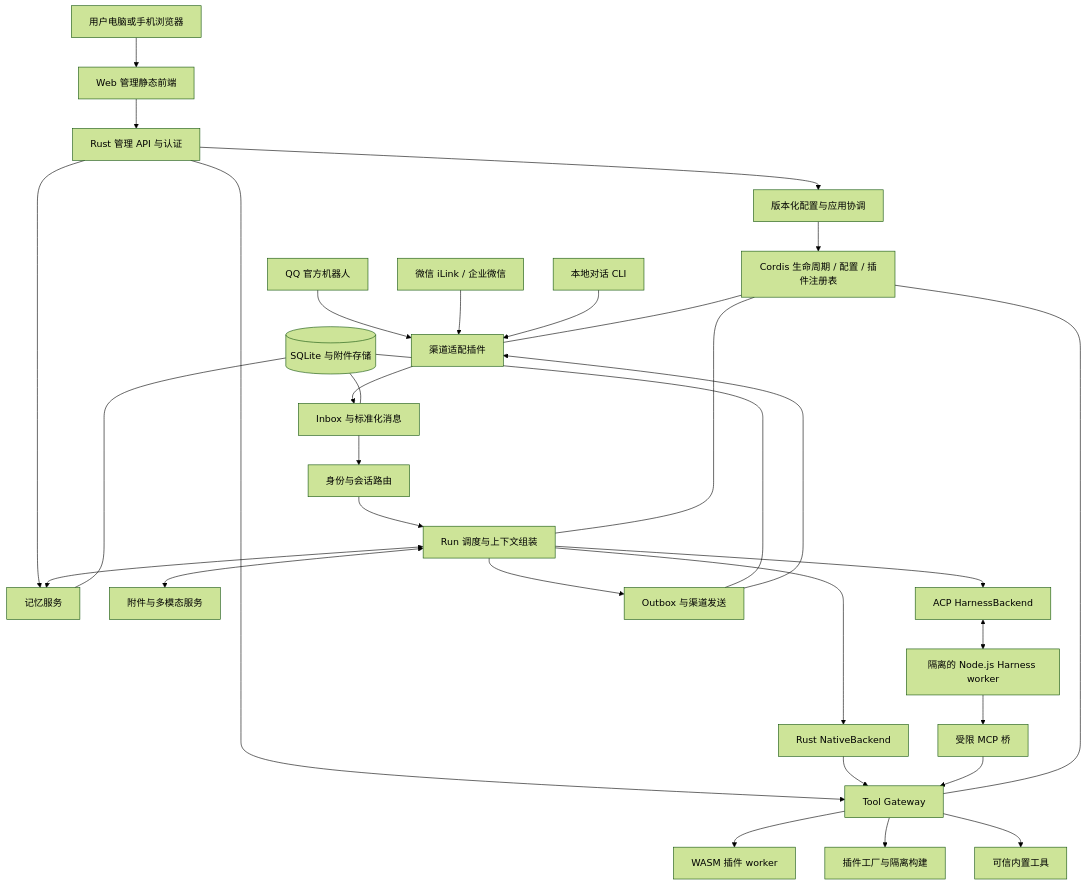
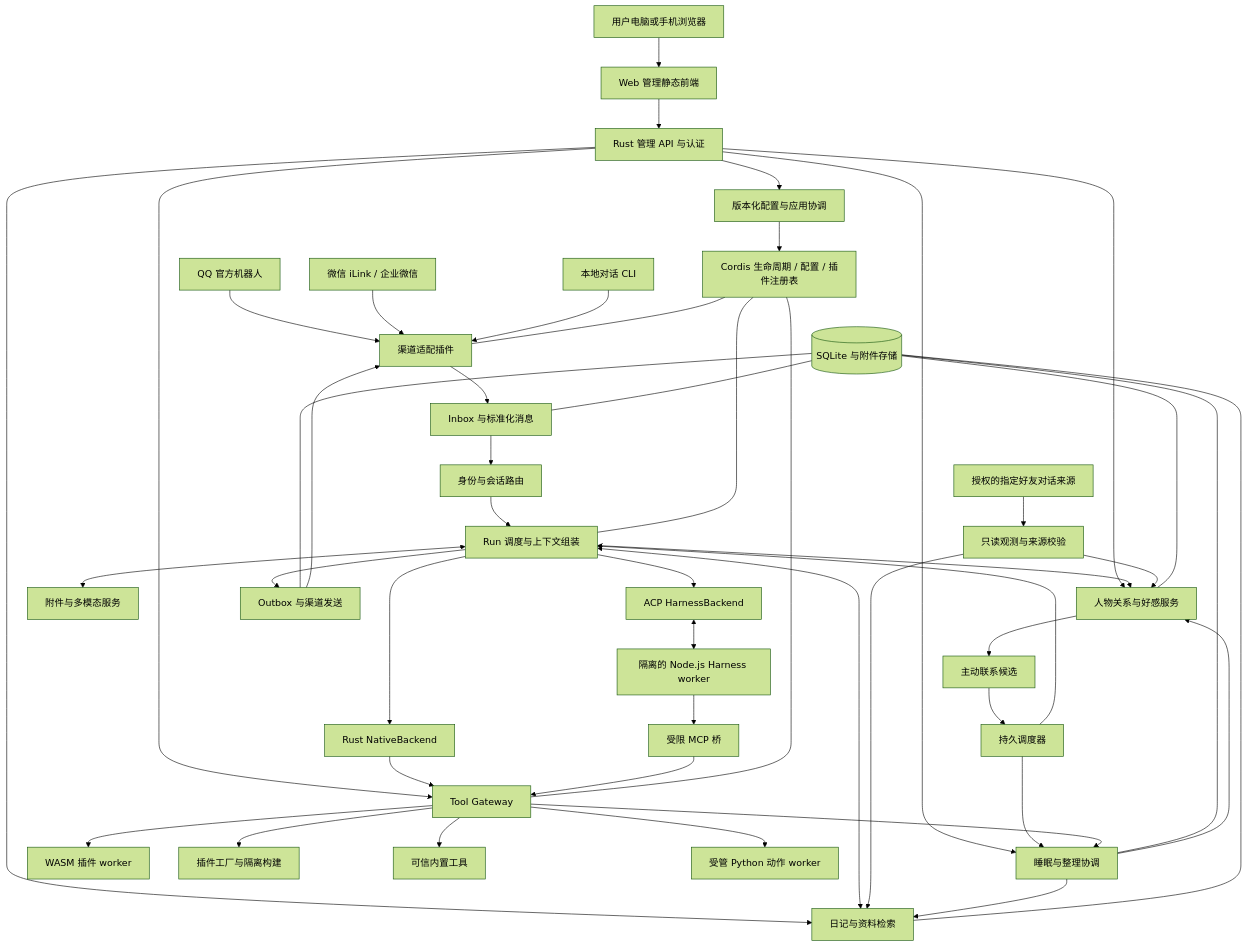
Before and after one commit to lakasli/Prometheus: the first of 3 diagrams in docs/architecture.md, drawn with Mermaid (forest theme). The commit also changed other lines of this file, not shown here.

Commit message:
docs: redesign diary, relationships and sleep architecture

````diff
--- a/docs/architecture.md
+++ b/docs/architecture.md
@@ -79,34 +84,50 @@
 ```mermaid
 flowchart TB
     QQ[QQ 官方机器人] --> AD[渠道适配插件]
     WX[微信 iLink / 企业微信] --> AD
     CLI[本地对话 CLI] --> AD
     BROWSER[用户电脑或手机浏览器] --> WEB[Web 管理静态前端]
     WEB --> ADMIN[Rust 管理 API 与认证]
     ADMIN --> CONFIG[版本化配置与应用协调]
     CONFIG --> K
-    ADMIN --> MEM
+    ADMIN --> DIARY
+    ADMIN --> REL
+    ADMIN --> SLEEP
     ADMIN --> TOOL
     AD --> IN[Inbox 与标准化消息]
     IN --> ID[身份与会话路由]
     ID --> ORCH[Run 调度与上下文组装]
-    ORCH <--> MEM[记忆服务]
+    ORCH <--> DIARY[日记与资料检索]
+    ORCH <--> REL[人物关系与好感服务]
+    FRIEND[授权的指定好友对话来源] --> OBS[只读观测与来源校验]
+    OBS --> DIARY
+    OBS --> REL
+    SCHED[持久调度器] --> SLEEP[睡眠与整理协调]
+    SLEEP --> DIARY
+    SLEEP --> REL
+    REL --> INTENT[主动联系候选]
+    INTENT --> SCHED
+    SCHED --> ORCH
     ORCH <--> MEDIA[附件与多模态服务]
     ORCH --> NB[Rust NativeBackend]
     ORCH --> HB[ACP HarnessBackend]
     HB <--> H[隔离的 Node.js Harness worker]
     NB --> TOOL[Tool Gateway]
     H --> MCP[受限 MCP 桥]
     MCP --> TOOL
     TOOL --> WASM[WASM 插件 worker]
     TOOL --> FACTORY[插件工厂与隔离构建]
     TOOL --> BUILTIN[可信内置工具]
+    TOOL --> PY[受管 Python 动作 worker]
+    TOOL --> SLEEP
     ORCH --> OUT[Outbox 与渠道发送]
     OUT --> AD
     DB[(SQLite 与附件存储)] --- IN
-    DB --- MEM
+    DB --- DIARY
+    DB --- REL
+    DB --- SLEEP
     DB --- OUT
     K[Cordis 生命周期 / 配置 / 插件注册表] --- ORCH
     K --- AD
     K --- TOOL
 ```
````
